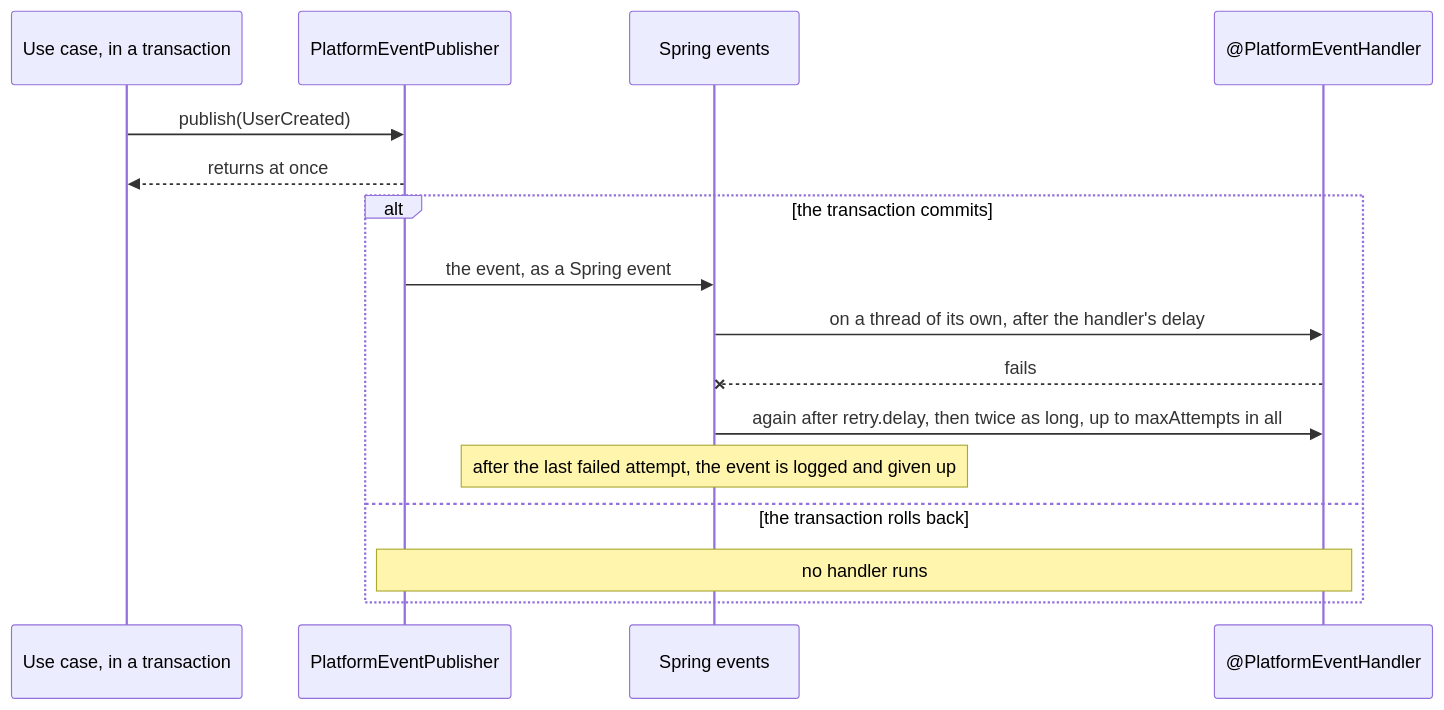
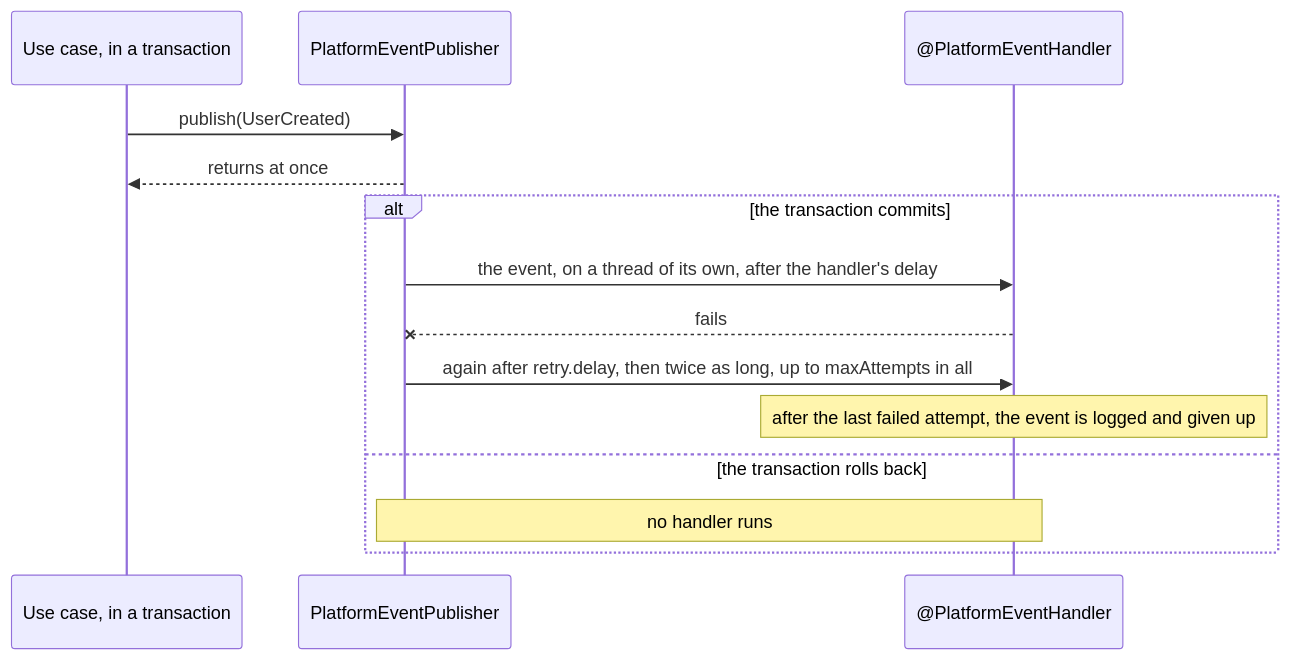
Before and after one commit to mboisnard/drinkit: the second of 2 diagrams in tech-starters/backend/messaging-starter/README.md, drawn with Mermaid. The commit also changed other lines of this file and 13 other files, not shown here.

First line of the commit message:
[TECH-STARTER] Shorten each starter README to its purpose, its key diagrams and its usage (#383)

````diff
--- a/tech-starters/backend/messaging-starter/README.md
+++ b/tech-starters/backend/messaging-starter/README.md
@@ -20,19 +43,16 @@
 ```mermaid
 sequenceDiagram
     participant UseCase as Use case, in a transaction
     participant Publisher as PlatformEventPublisher
-    participant SpringEvents as Spring events
     participant Handler as @PlatformEventHandler
-
     UseCase->>Publisher: publish(UserCreated)
     Publisher-->>UseCase: returns at once
     alt the transaction commits
-        Publisher->>SpringEvents: the event, as a Spring event
-        SpringEvents->>Handler: on a thread of its own, after the handler's delay
-        Handler--xSpringEvents: fails
-        SpringEvents->>Handler: again after retry.delay, then twice as long, up to maxAttempts in all
-        Note over SpringEvents: after the last failed attempt, the event is logged and given up
+        Publisher->>Handler: the event, on a thread of its own, after the handler's delay
+        Handler--xPublisher: fails
+        Publisher->>Handler: again after retry.delay, then twice as long, up to maxAttempts in all
+        Note over Handler: after the last failed attempt, the event is logged and given up
     else the transaction rolls back
         Note over Publisher,Handler: no handler runs
     end
 ```
````
